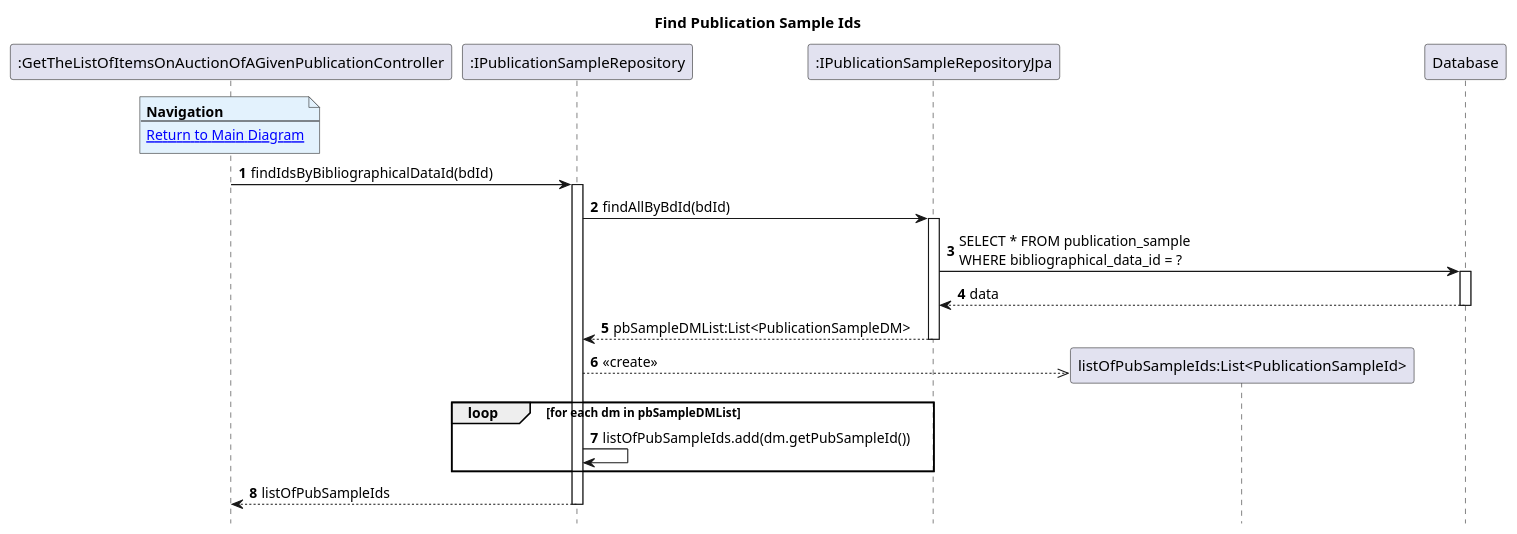
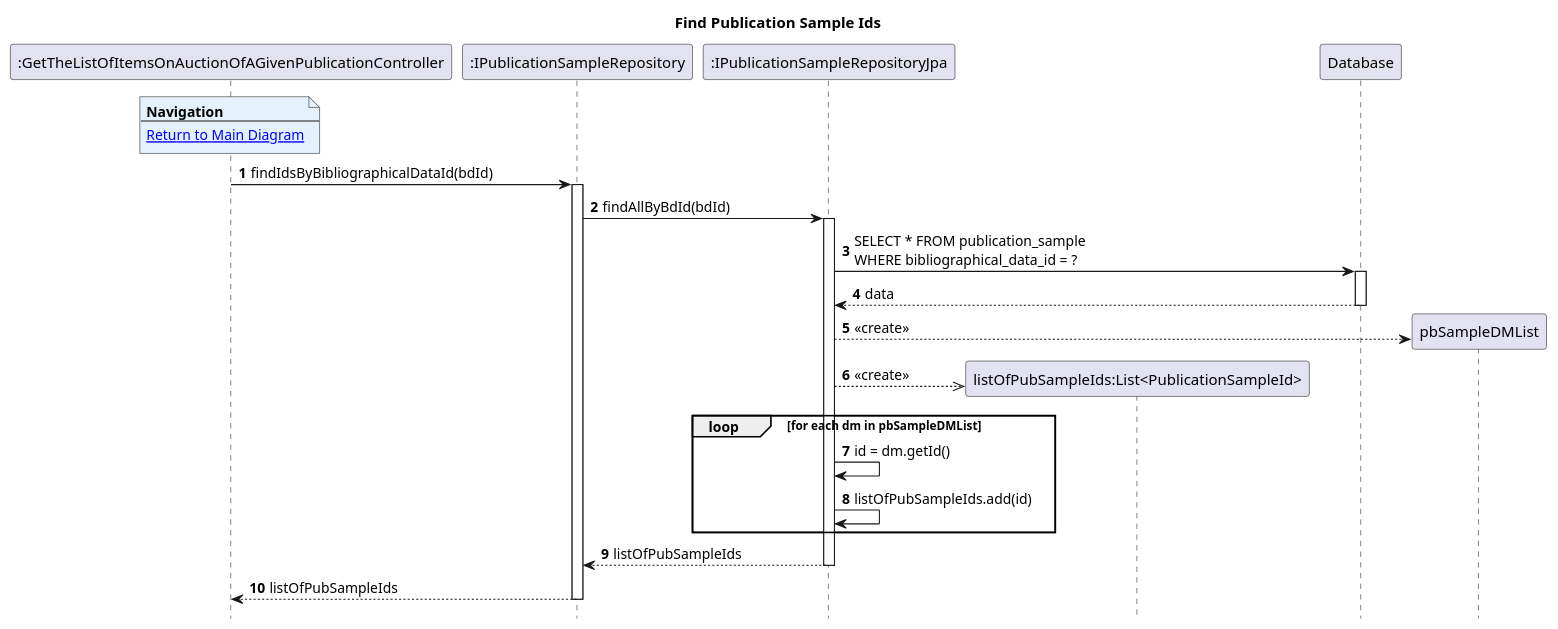
The diagram in Diagrams/SequenceDiagrams/N2/To-Get-List-Of-Items-Auction-Of-Given-Publication/3b.FindPublicationSampleIds.puml (AndrePereiraGitH/SWitCH-Project-Team_A), drawn with PlantUML before and after one commit. The commit also changed 6 other files, not shown here.

```diff
--- a/Diagrams/SequenceDiagrams/N2/To-Get-List-Of-Items-Auction-Of-Given-Publication/3b.FindPublicationSampleIds.puml
+++ b/Diagrams/SequenceDiagrams/N2/To-Get-List-Of-Items-Auction-Of-Given-Publication/3b.FindPublicationSampleIds.puml
@@ -1,37 +1,41 @@
 @startuml
 hide footbox
 autonumber
 title Find Publication Sample Ids
 
 participant ":GetTheListOfItemsOnAuctionOfAGivenPublicationController" as Ctrl
 participant ":IPublicationSampleRepository" as pubSampleRepo
 participant ":IPublicationSampleRepositoryJpa" as pubSampleJpa
 participant "listOfPubSampleIds:List<PublicationSampleId>" as listOfPubSampleIds
 participant "Database" as db
 
 note over Ctrl #E3F2FD
 <b>Navigation</b>
 ---
 [[1.MainDiagram.puml Return to Main Diagram]]
 end note
 
 Ctrl -> pubSampleRepo: findIdsByBibliographicalDataId(bdId)
 activate pubSampleRepo
 pubSampleRepo -> pubSampleJpa: findAllByBdId(bdId)
 activate pubSampleJpa
 pubSampleJpa -> db: SELECT * FROM publication_sample\nWHERE bibliographical_data_id = ?
 activate db
 db --> pubSampleJpa: data
 deactivate db
-pubSampleJpa --> pubSampleRepo: pbSampleDMList:List<PublicationSampleDM>
+pubSampleJpa --> pbSampleDMList**: <<create>>
+pubSampleJpa -->> listOfPubSampleIds **: <<create>>
+
+loop for each dm in pbSampleDMList
+    pubSampleJpa -> pubSampleJpa : id = dm.getId()
+    pubSampleJpa -> pubSampleJpa: listOfPubSampleIds.add(id)
+end
+
+pubSampleJpa --> pubSampleRepo: listOfPubSampleIds
+
 deactivate pubSampleJpa
-
-pubSampleRepo -->> listOfPubSampleIds **: <<create>>
-loop for each dm in pbSampleDMList
-    pubSampleRepo -> pubSampleRepo: listOfPubSampleIds.add(dm.getPubSampleId())
-end
 
 pubSampleRepo --> Ctrl: listOfPubSampleIds
 deactivate pubSampleRepo
 
 @enduml
```
